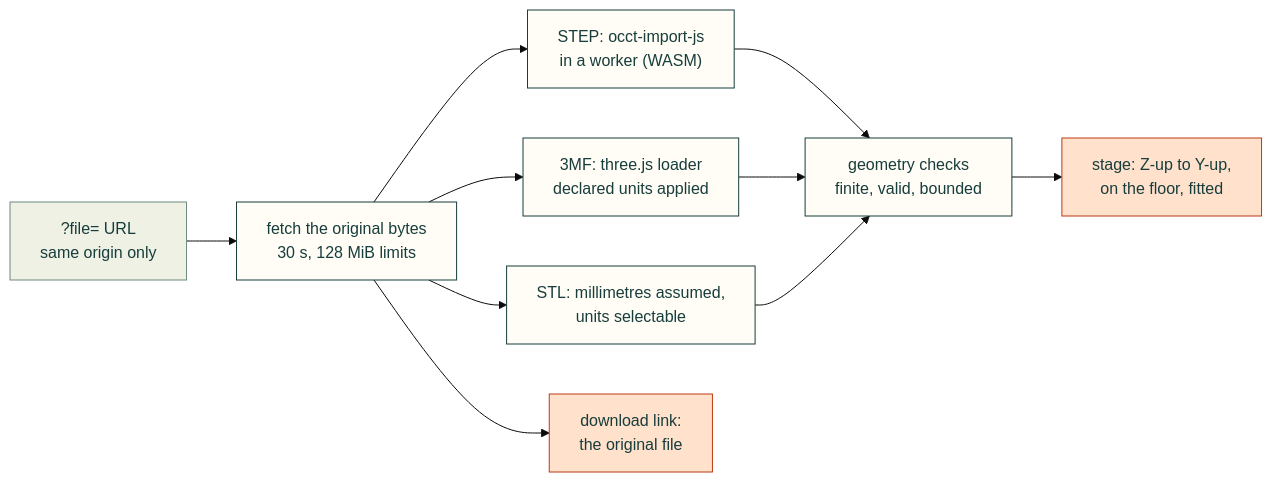
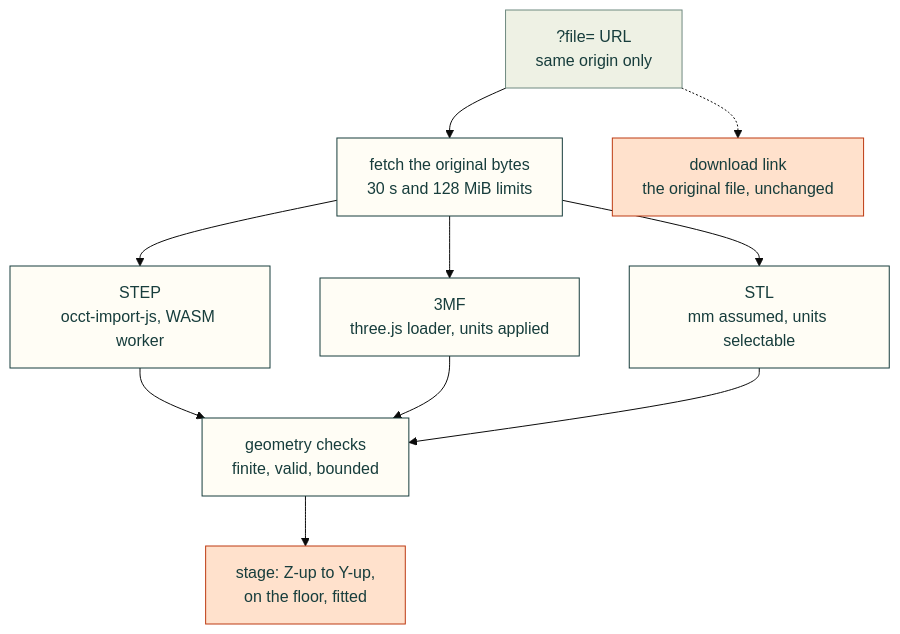
The diagram in docs/file-viewer.md (Valpatel/cad-agent), drawn with Mermaid (base theme) before and after one commit. The commit also changed 14 other files, not shown here.

First line of the commit message:
Docs diagrams: top-down so they fit the article column; chart shows the error's size from zero

````diff
--- a/docs/file-viewer.md
+++ b/docs/file-viewer.md
@@ -19,16 +19,16 @@
 ```mermaid
-flowchart LR
-    U["?file= URL<br/>same origin only"] --> F["fetch the original bytes<br/>30 s, 128 MiB limits"]
-    F --> STEP["STEP: occt-import-js<br/>in a worker (WASM)"]
-    F --> MF["3MF: three.js loader<br/>declared units applied"]
-    F --> STL["STL: millimetres assumed,<br/>units selectable"]
+flowchart TD
+    U["?file= URL<br/>same origin only"] --> F["fetch the original bytes<br/>30 s and 128 MiB limits"]
+    U -.-> DL["download link<br/>the original file, unchanged"]
+    F --> STEP["STEP<br/>occt-import-js, WASM worker"]
+    F --> MF["3MF<br/>three.js loader, units applied"]
+    F --> STL["STL<br/>mm assumed, units selectable"]
     STEP & MF & STL --> CK["geometry checks<br/>finite, valid, bounded"]
     CK --> V["stage: Z-up to Y-up,<br/>on the floor, fitted"]
-    F --> DL["download link:<br/>the original file"]
     classDef here fill:#fffdf5,stroke:#173d3c,color:#173d3c
     classDef near fill:#eef1e4,stroke:#6f8a80,color:#173d3c
     classDef out fill:#ffe1cc,stroke:#bd3a12,color:#173d3c
     class F,STEP,MF,STL,CK here
     class U near
     class V,DL out
 ```
````
